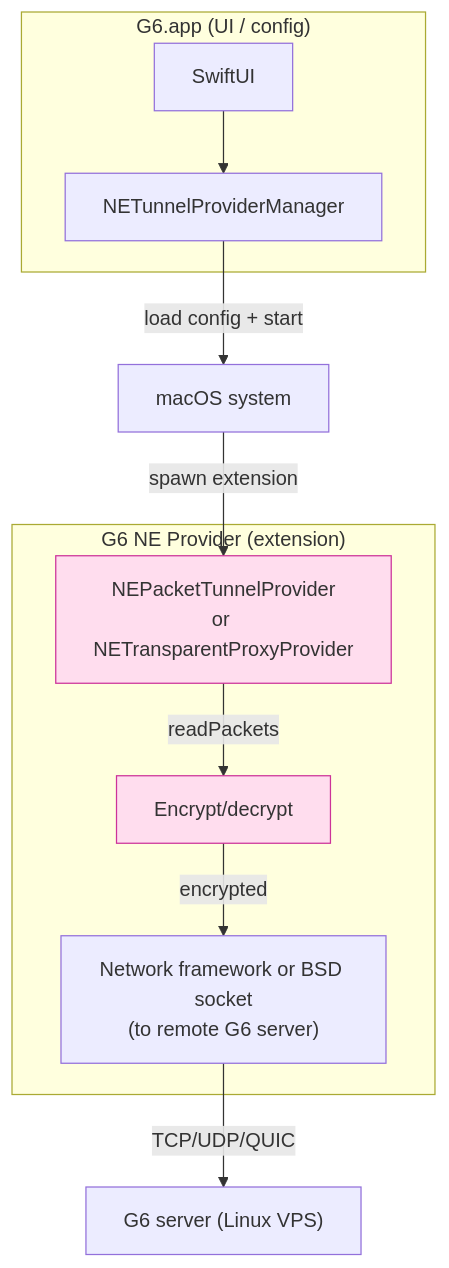
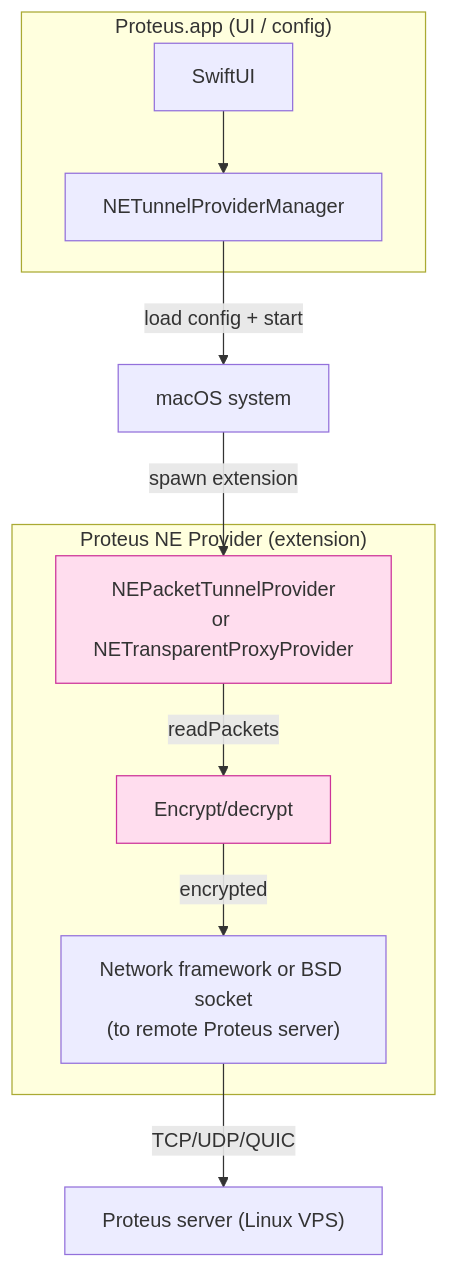
Before and after one commit to Icarus603/network-from-scratch: the second of 2 diagrams in lessons/part-2-high-perf-io/2.10-macos.md, drawn with Mermaid. The commit also changed other lines of this file and 300 other files, not shown here.

````diff
--- a/lessons/part-2-high-perf-io/2.10-macos.md
+++ b/lessons/part-2-high-perf-io/2.10-macos.md
@@ -405,24 +405,24 @@
 ```mermaid
 flowchart TB
-    subgraph App["G6.app (UI / config)"]
+    subgraph App["Proteus.app (UI / config)"]
         UI["SwiftUI"]
         MGR["NETunnelProviderManager"]
     end
-    subgraph Ext["G6 NE Provider (extension)"]
+    subgraph Ext["Proteus NE Provider (extension)"]
         Tun["NEPacketTunnelProvider<br/>or NETransparentProxyProvider"]
         Crypto["Encrypt/decrypt"]
-        Net["Network framework or BSD socket<br/>(to remote G6 server)"]
+        Net["Network framework or BSD socket<br/>(to remote Proteus server)"]
     end
     Sys["macOS system"]
-    Remote["G6 server (Linux VPS)"]
+    Remote["Proteus server (Linux VPS)"]
 
     UI --> MGR
     MGR -- "load config + start" --> Sys
     Sys -- "spawn extension" --> Tun
     Tun -- "readPackets" --> Crypto
     Crypto -- "encrypted" --> Net
     Net -- "TCP/UDP/QUIC" --> Remote
 
     classDef ours fill:#fde,stroke:#c39
     class Tun,Crypto ours
 ```
````
